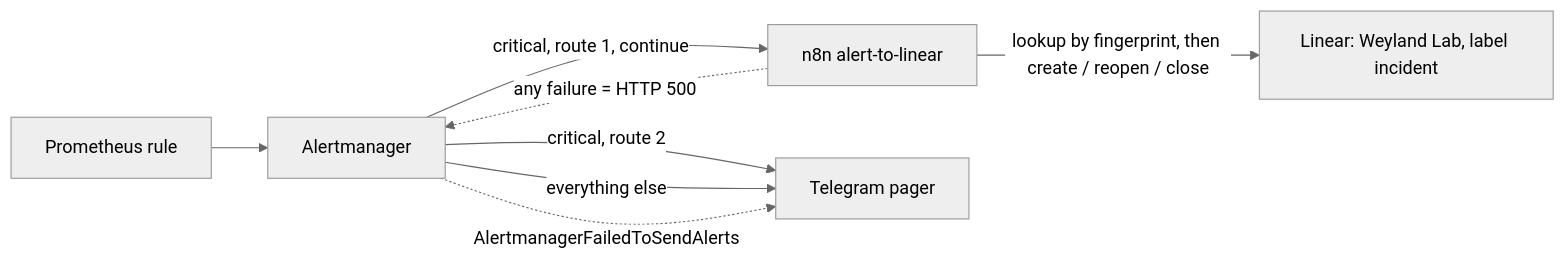
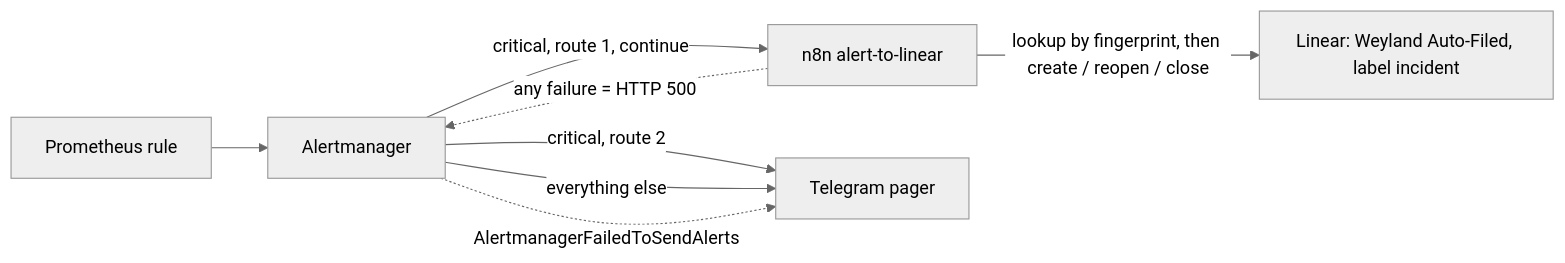
One commit to edtbl76/weyland-lab changed the sixth of 8 diagrams in docs/arch.md. Above: the diagram before and after it, drawn with Mermaid (neutral theme). The commit also changed other lines of this file and 23 other files, not shown here.

````diff
--- a/docs/arch.md
+++ b/docs/arch.md
@@ -1748,10 +1748,10 @@
 ```mermaid
 flowchart LR
   P[Prometheus rule] --> AM[Alertmanager]
   AM -->|critical, route 1, continue| N[n8n alert-to-linear]
   AM -->|critical, route 2| TG[Telegram pager]
   AM -->|everything else| TG
-  N -->|lookup by fingerprint, then create / reopen / close| L[Linear: Weyland Lab, label incident]
+  N -->|lookup by fingerprint, then create / reopen / close| L[Linear: Weyland Auto-Filed, label incident]
   N -.->|any failure = HTTP 500| AM
   AM -.->|AlertmanagerFailedToSendAlerts| TG
 ```
````
